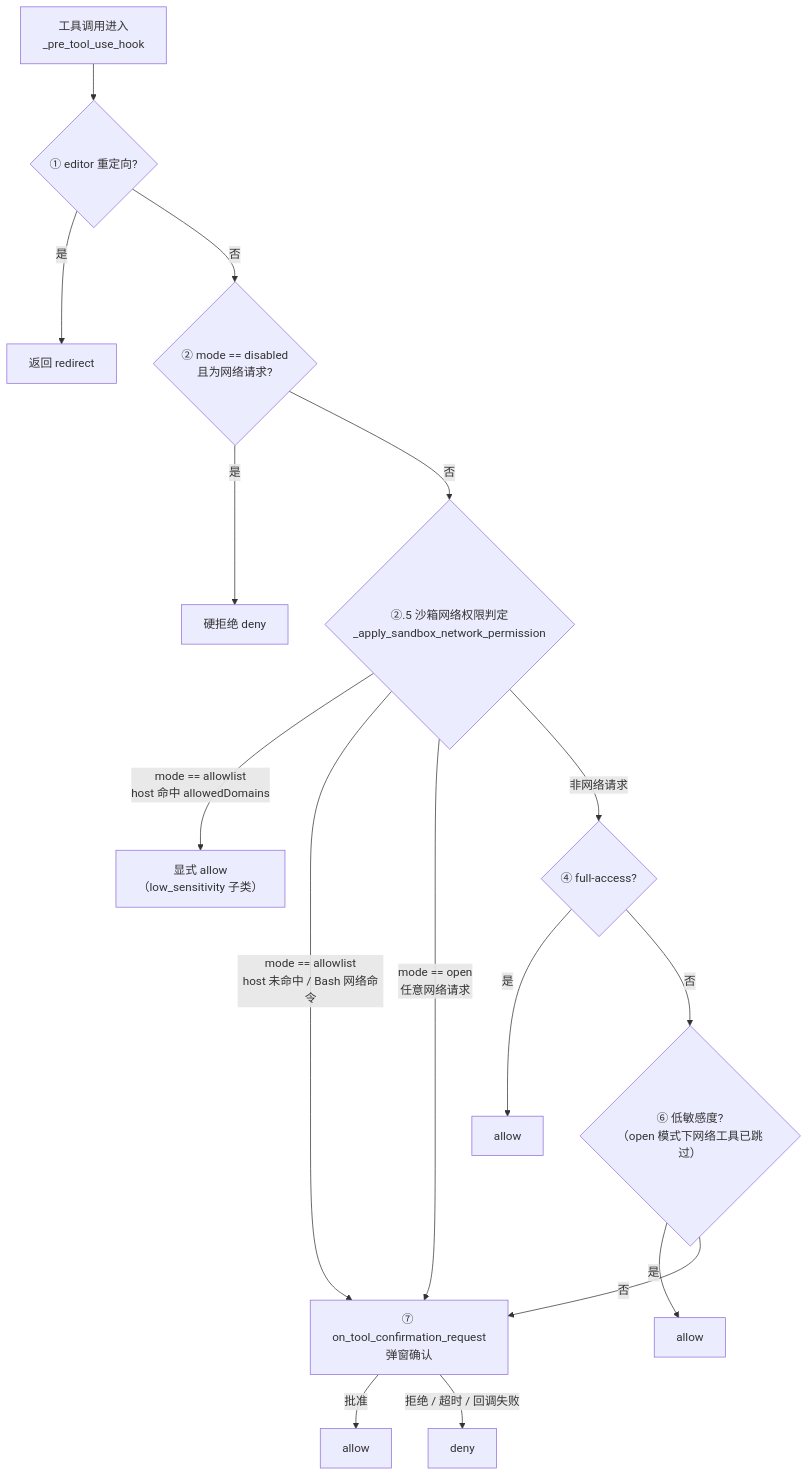
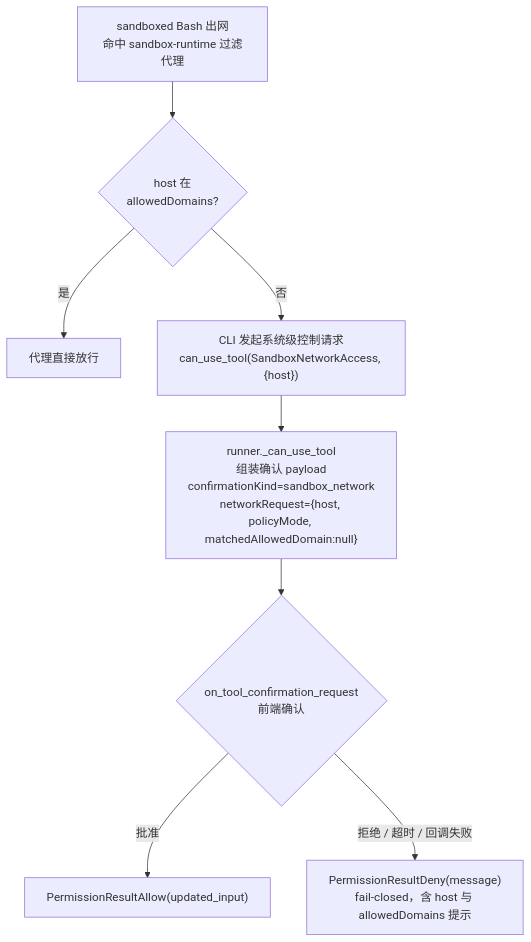
Before and after one commit to glide-the/im-dream: the second of 3 diagrams in docs/design/claude-agent/claude-agent-sandbox-network-permission-sequence.md, drawn with Mermaid. The commit also changed other lines of this file and 22 other files, not shown here.

First line of the commit message:
feat: Enhance sandbox network access and tool confirmation flow

````diff
--- a/docs/design/claude-agent/claude-agent-sandbox-network-permission-sequence.md
+++ b/docs/design/claude-agent/claude-agent-sandbox-network-permission-sequence.md
@@ -45,20 +46,10 @@
 ```mermaid
 flowchart TD
-    A["工具调用进入<br/>_pre_tool_use_hook"] --> B{"① editor 重定向?"}
-    B -->|是| Z1["返回 redirect"]
-    B -->|否| C{"② mode == disabled<br/>且为网络请求?"}
-    C -->|是| Z2["硬拒绝 deny"]
-    C -->|否| D{"②.5 沙箱网络权限判定<br/>_apply_sandbox_network_permission"}
-
-    D -->|"mode == allowlist<br/>host 命中 allowedDomains"| Z3["显式 allow<br/>（low_sensitivity 子类）"]
-    D -->|"mode == allowlist<br/>host 未命中 / Bash 网络命令"| G
-    D -->|"mode == open<br/>任意网络请求"| G
-    D -->|"非网络请求"| E{"④ full-access?"}
-
-    E -->|是| Z4["allow"]
-    E -->|否| F{"⑥ 低敏感度?<br/>（open 模式下网络工具已跳过）"}
-    F -->|是| Z5["allow"]
-    F -->|否| G["⑦ on_tool_confirmation_request<br/>弹窗确认"]
-    G -->|批准| Z6["allow"]
-    G -->|拒绝 / 超时 / 回调失败| Z7["deny"]
+    A["sandboxed Bash 出网<br/>命中 sandbox-runtime 过滤代理"] --> B{"host 在<br/>allowedDomains?"}
+    B -->|是| Z1["代理直接放行"]
+    B -->|否| C["CLI 发起系统级控制请求<br/>can_use_tool(SandboxNetworkAccess, {host})"]
+    C --> D["runner._can_use_tool<br/>组装确认 payload<br/>confirmationKind=sandbox_network<br/>networkRequest={host, policyMode, matchedAllowedDomain:null}"]
+    D --> E{"on_tool_confirmation_request<br/>前端确认"}
+    E -->|批准| Z2["PermissionResultAllow(updated_input)"]
+    E -->|拒绝 / 超时 / 回调失败| Z3["PermissionResultDeny(message)<br/>fail-closed，含 host 与 allowedDomains 提示"]
 ```
````
